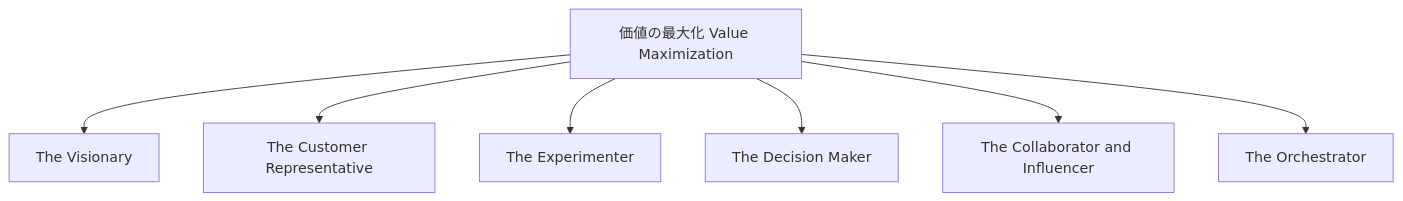
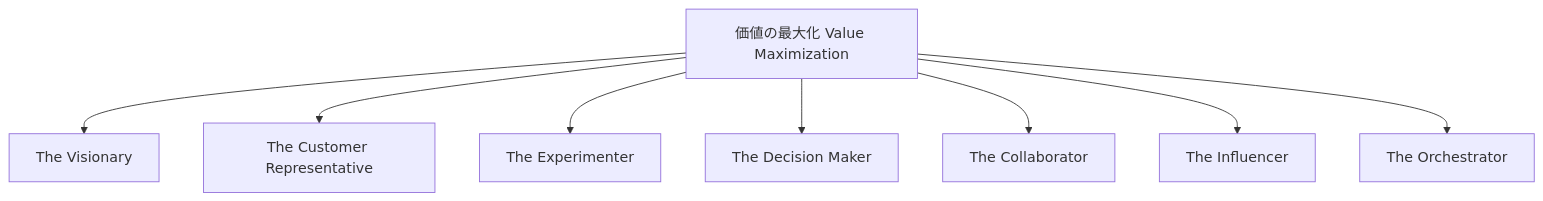
The eighth of 11 diagrams in Professional-Scrum-Product-Owner-AI-Essentials.md (myoshi2891/Management-Team-Building-Studies), drawn with Mermaid before and after one commit. The commit also changed 1 other file, not shown here.

Commit message:
docs(pspo-ai): separate collaborator and influencer stances in diagram

````diff
--- a/Professional-Scrum-Product-Owner-AI-Essentials.md
+++ b/Professional-Scrum-Product-Owner-AI-Essentials.md
@@ -347,10 +347,11 @@
 ```mermaid
 flowchart TD
     V["価値の最大化 Value Maximization"]
     V --> S1["The Visionary"]
     V --> S2["The Customer Representative"]
     V --> S3["The Experimenter"]
     V --> S4["The Decision Maker"]
-    V --> S5["The Collaborator and Influencer"]
-    V --> S6["The Orchestrator"]
+    V --> S5["The Collaborator"]
+    V --> S6["The Influencer"]
+    V --> S7["The Orchestrator"]
 ```
````
